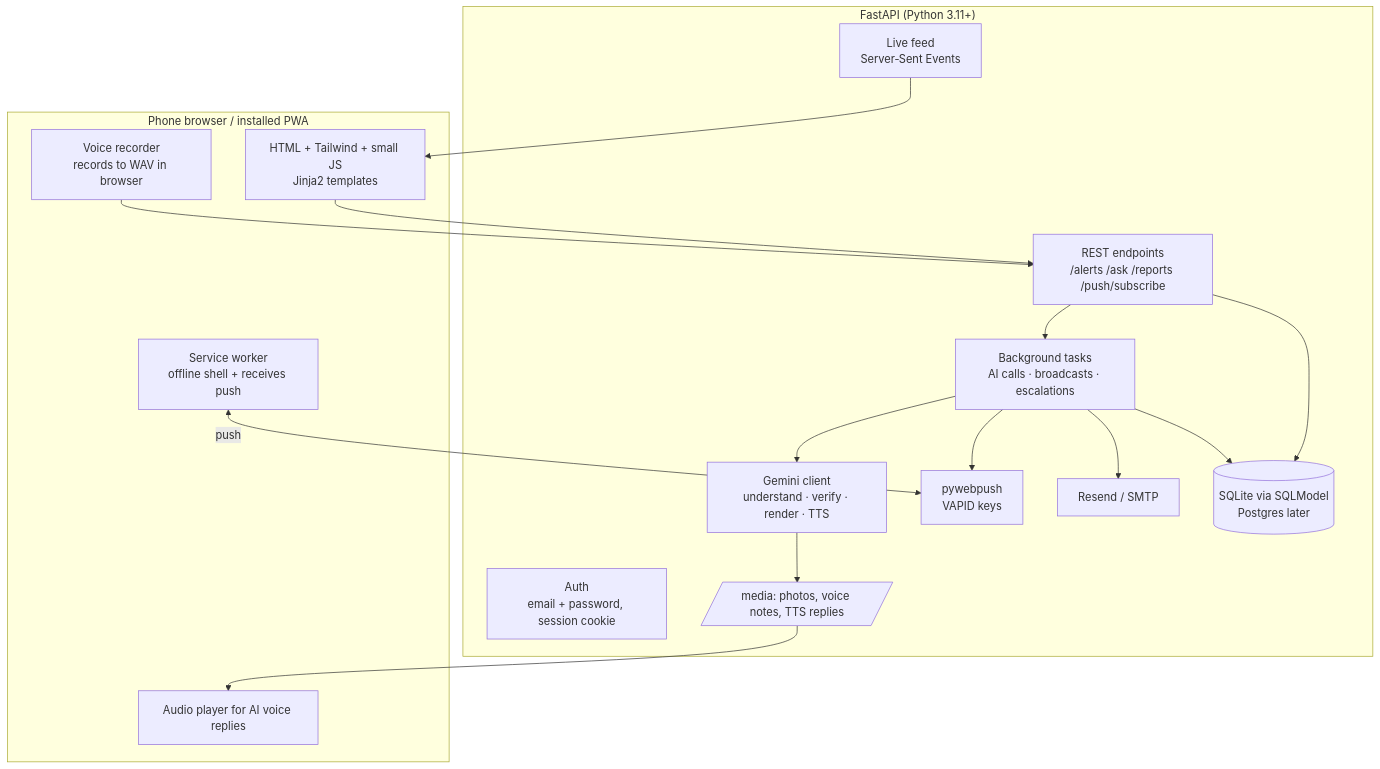
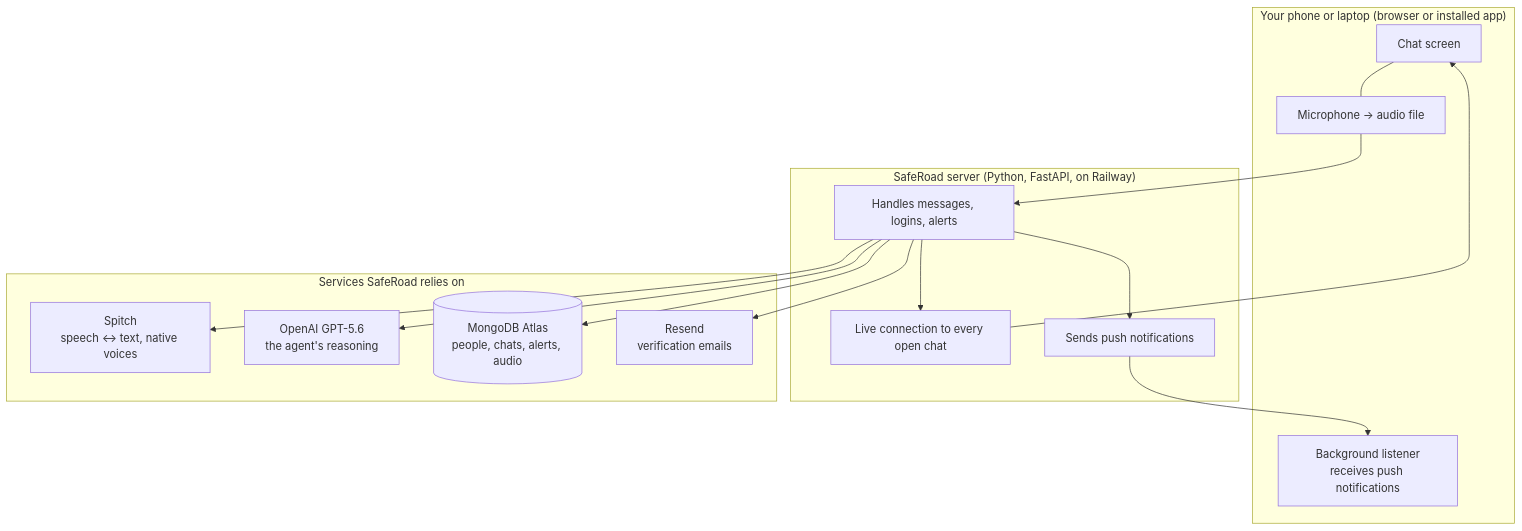
One commit to Abdullah-webd/ktechfest-ai changed the fourth of 4 diagrams in architecture.md. Above: the diagram before and after it, drawn with Mermaid. The commit also changed other lines of this file and 1 other file, not shown here.

Commit message:
Docs: README model update; architecture explained in plain language for the current system

````diff
--- a/architecture.md
+++ b/architecture.md
@@ -178,32 +136,24 @@
 ```mermaid
 flowchart TB
-    subgraph Browser["Phone browser / installed PWA"]
-        UI[HTML + Tailwind + small JS<br/>Jinja2 templates]
-        SW[Service worker<br/>offline shell + receives push]
-        REC[Voice recorder<br/>records to WAV in browser]
-        PLY[Audio player for AI voice replies]
+    subgraph Phone["Your phone or laptop (browser or installed app)"]
+        UI[Chat screen] --- MIC[Microphone → audio file]
+        SW[Background listener<br/>receives push notifications]
     end
-
-    subgraph Server["FastAPI (Python 3.11+)"]
-        AUTH[Auth<br/>email + password, session cookie]
-        API[REST endpoints<br/>/alerts /ask /reports /push/subscribe]
-        SSE[Live feed<br/>Server‑Sent Events]
-        BG[Background tasks<br/>AI calls · broadcasts · escalations]
-        GEM[Gemini client<br/>understand · verify · render · TTS]
-        PUSHC[pywebpush<br/>VAPID keys]
-        MAIL[Resend / SMTP]
-        DBM[(SQLite via SQLModel<br/>Postgres later)]
-        MEDIA[/media: photos, voice notes, TTS replies/]
+    subgraph Server["SafeRoad server (Python, FastAPI, on Railway)"]
+        API[Handles messages, logins, alerts]
+        LIVE[Live connection to every open chat]
+        PUSH[Sends push notifications]
     end
-
-    UI --> API
-    REC --> API
-    SW <-- push --> PUSHC
-    API --> BG --> GEM
-    BG --> PUSHC
-    BG --> MAIL
+    subgraph Outside["Services SafeRoad relies on"]
+        SP[Spitch<br/>speech ↔ text, native voices]
+        OA[OpenAI GPT-5.6<br/>the agent's reasoning]
+        DBM[(MongoDB Atlas<br/>people, chats, alerts, audio)]
+        RS[Resend<br/>verification emails]
+    end
+    MIC --> API --> SP
+    API --> OA
     API --> DBM
-    BG --> DBM
-    SSE --> UI
-    GEM --> MEDIA --> PLY
+    API --> RS
+    API --> LIVE --> UI
+    API --> PUSH --> SW
 ```
````
